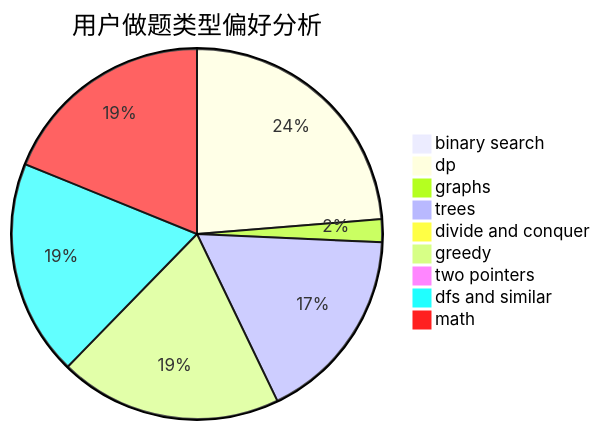
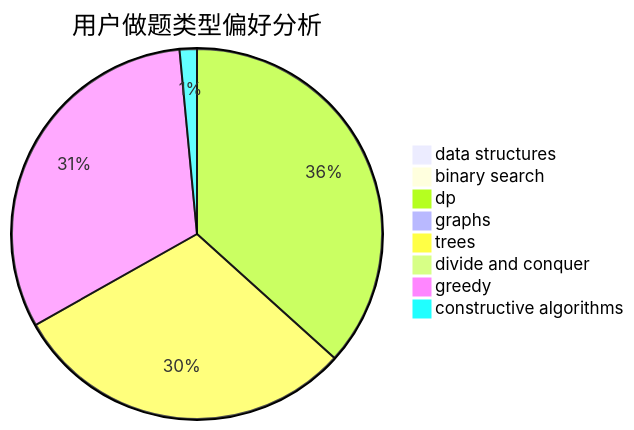
The second of 3 diagrams in docs/user/u875.md (sherpahu/cfrs.github.io), drawn with Mermaid before and after one commit. The commit also changed other lines of this file and 2775 other files, not shown here.

````diff
--- a/docs/user/u875.md
+++ b/docs/user/u875.md
@@ -23,12 +23,11 @@
 ```mermaid
 pie title 用户做题类型偏好分析
+    "data structures" :  1
     "binary search" :  1
-    "dp" :  83
-    "graphs" :  7
+    "dp" :  73
+    "graphs" :  0
     "trees" :  60
     "divide and conquer" :  0
-    "greedy" :  68
-    "two pointers" :  0
-    "dfs and similar" :  66
-    "math" :  66
+    "greedy" :  63
+    "constructive algorithms" :  3
 ```
````
